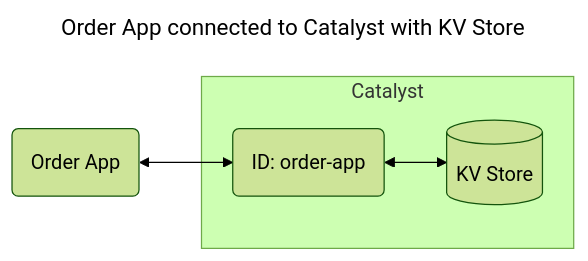
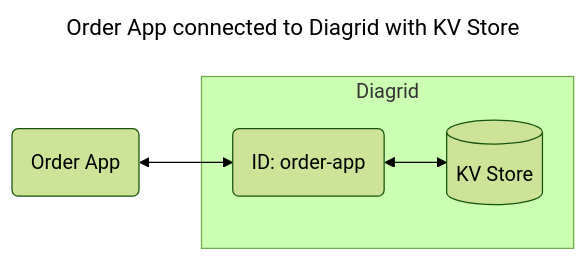
Before and after one commit to diagridio/catalyst-quickstarts: the diagram in state/csharp/README.md, drawn with Mermaid (forest theme). The commit also changed other lines of this file and 224 other files, not shown here.

First line of the commit message:
docs: rename Catalyst to Diagrid in descriptions and labels

````diff
--- a/state/csharp/README.md
+++ b/state/csharp/README.md
@@ -9,14 +9,14 @@
 ```mermaid
 ---
-title: Order App connected to Catalyst with KV Store
+title: Order App connected to Diagrid with KV Store
 ---
 flowchart LR
   APP(Order App)
-  subgraph Catalyst
+  subgraph Diagrid
     APPID(ID: order-app)
     STATE[(KV Store)]
   end
 
   APP<-->APPID
   APPID<-->STATE
 ```
````
